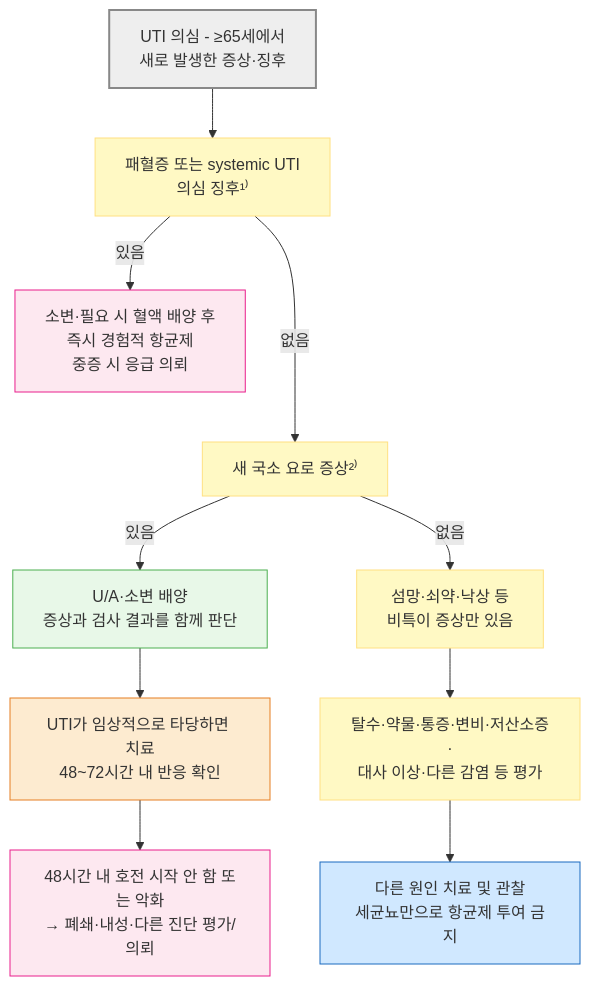
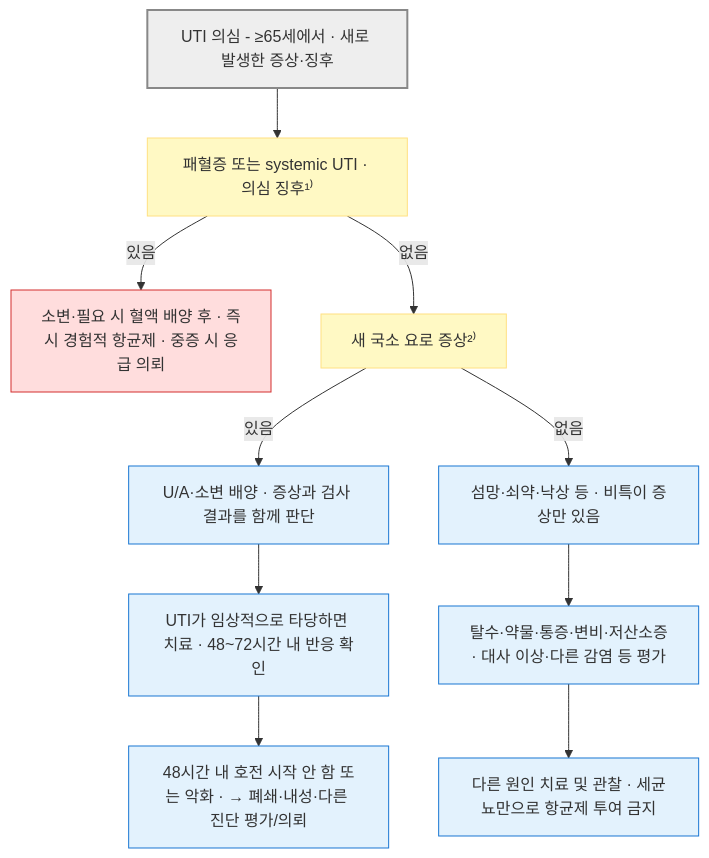
One commit to familyoh77/familyoh77 changed the second of 5 diagrams in 227_/113_-urinary-tract-infection.md. Above: the diagram before and after it, drawn with Mermaid. The commit also changed other lines of this file and 10 other files, not shown here.

````diff
--- a/227_/113_-urinary-tract-infection.md
+++ b/227_/113_-urinary-tract-infection.md
@@ -167,22 +168,23 @@
 ```mermaid
 graph TD
-    A["UTI 의심 - ≥65세에서<br/>새로 발생한 증상·징후"] --> B["패혈증 또는 systemic UTI<br/>의심 징후¹⁾"]
-    B -->|있음| B1["소변·필요 시 혈액 배양 후<br/>즉시 경험적 항균제<br/>중증 시 응급 의뢰"]
-    B --->|없음| C["새 국소 요로 증상²⁾"]
-    C -->|있음| D["U/A·소변 배양<br/>증상과 검사 결과를 함께 판단"]
-    C -->|없음| E["섬망·쇠약·낙상 등<br/>비특이 증상만 있음"]
-    E --> F["탈수·약물·통증·변비·저산소증·<br/>대사 이상·다른 감염 등 평가"]
-    F --> G["다른 원인 치료 및 관찰<br/>세균뇨만으로 항균제 투여 금지"]
-    D --> H["UTI가 임상적으로 타당하면 치료<br/>48~72시간 내 반응 확인"]
-    H --> I["48시간 내 호전 시작 안 함 또는 악화<br/>→ 폐쇄·내성·다른 진단 평가/의뢰"]
+    A["UTI 의심 - ≥65세에서 · 새로 발생한 증상·징후"] --> B["패혈증 또는 systemic UTI · 의심 징후¹⁾"]
+    B -- "있음" --> B1["소변·필요 시 혈액 배양 후 · 즉시 경험적 항균제 · 중증 시 응급 의뢰"]
+    B -- "없음" --> C["새 국소 요로 증상²⁾"]
+    C -- "있음" --> D["U/A·소변 배양 · 증상과 검사 결과를 함께 판단"]
+    C -- "없음" --> E["섬망·쇠약·낙상 등 · 비특이 증상만 있음"]
+    E --> F["탈수·약물·통증·변비·저산소증· 대사 이상·다른 감염 등 평가"]
+    F --> G["다른 원인 치료 및 관찰 · 세균뇨만으로 항균제 투여 금지"]
+    D --> H["UTI가 임상적으로 타당하면 치료 · 48~72시간 내 반응 확인"]
+    H --> I["48시간 내 호전 시작 안 함 또는 악화 · → 폐쇄·내성·다른 진단 평가/의뢰"]
 
 style A fill:#eeeeee,stroke:#888888,stroke-width:2px
 classDef yellow fill:#fff9c4,stroke:#ffe082
-    class B,C,E,F yellow
-classDef pink fill:#fde8f0,stroke:#e91e8c
-    class B1,I pink
-classDef blue fill:#d0e8ff,stroke:#1a6abf
+    class B,C yellow
+    class D,E,F,H,I blue
+classDef pink fill:#ffdddd,stroke:#d32f2f
+    class B1 pink
+classDef blue fill:#e3f2fd,stroke:#1976d2
     class G blue
-    style D fill:#e8f8e8,stroke:#4caf50
-    style H fill:#fdebd0,stroke:#e67e22
+    style D fill:#e3f2fd,stroke:#1976d2
+    style H fill:#e3f2fd,stroke:#1976d2
 ```
````
